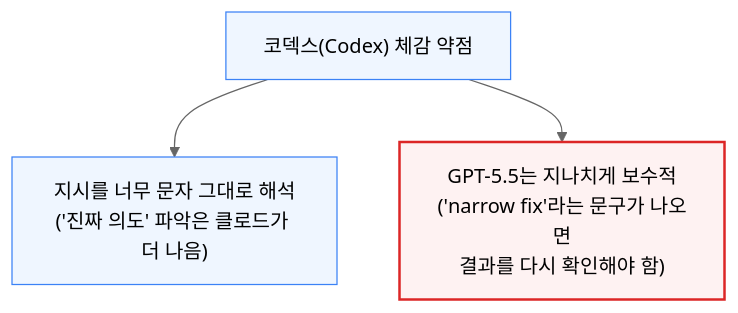
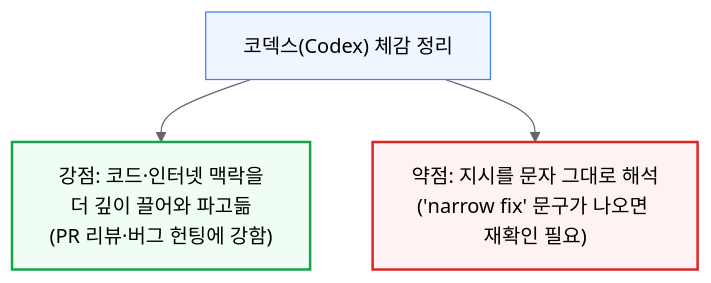
One commit to yohan4477/semi-report changed the sixth of 17 diagrams in source/newsletter/ai_models/agents/[260425] 코딩 어시스턴트 해부 - 토큰을 더 주세요.md. Above: the diagram before and after it, drawn with Mermaid (neutral theme). The commit also changed other lines of this file, not shown here.

````diff
--- a/source/newsletter/ai_models/agents/[260425] 코딩 어시스턴트 해부 - 토큰을 더 주세요.md
+++ b/source/newsletter/ai_models/agents/[260425] 코딩 어시스턴트 해부 - 토큰을 더 주세요.md
@@ -156,9 +151,11 @@
 ```mermaid
 flowchart TD
-    A["코덱스(Codex) 체감 약점"] --> B["지시를 너무 문자 그대로 해석<br/>('진짜 의도' 파악은 클로드가 더 나음)"]
-    A --> C["GPT-5.5는 지나치게 보수적<br/>('narrow fix'라는 문구가 나오면<br/>결과를 다시 확인해야 함)"]
+    A["코덱스(Codex) 체감 정리"] --> B["강점: 코드·인터넷 맥락을<br/>더 깊이 끌어와 파고듦<br/>(PR 리뷰·버그 헌팅에 강함)"]
+    A --> C["약점: 지시를 문자 그대로 해석<br/>('narrow fix' 문구가 나오면 재확인 필요)"]
 
     classDef default fill:#eff6ff,stroke:#3b82f6,stroke-width:1px;
+    classDef success fill:#f0fdf4,stroke:#16a34a,stroke-width:2px;
     classDef danger fill:#fef2f2,stroke:#dc2626,stroke-width:2px;
+    class B success;
     class C danger;
 ```
````
